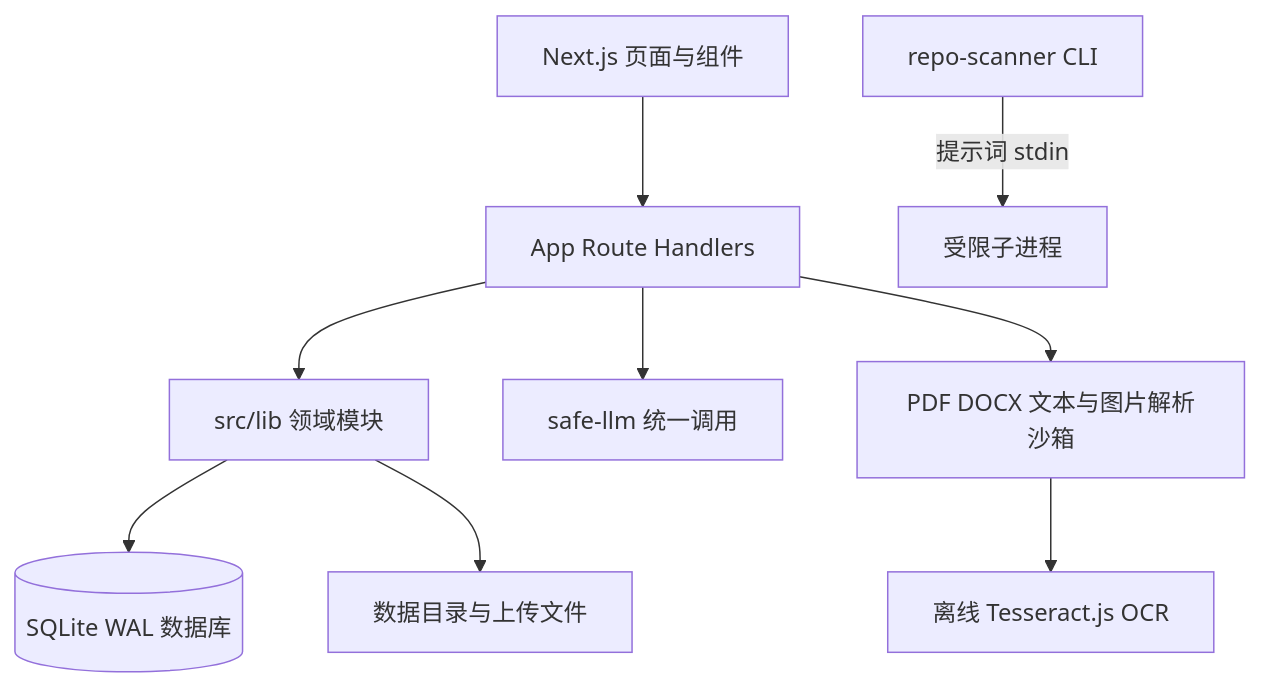
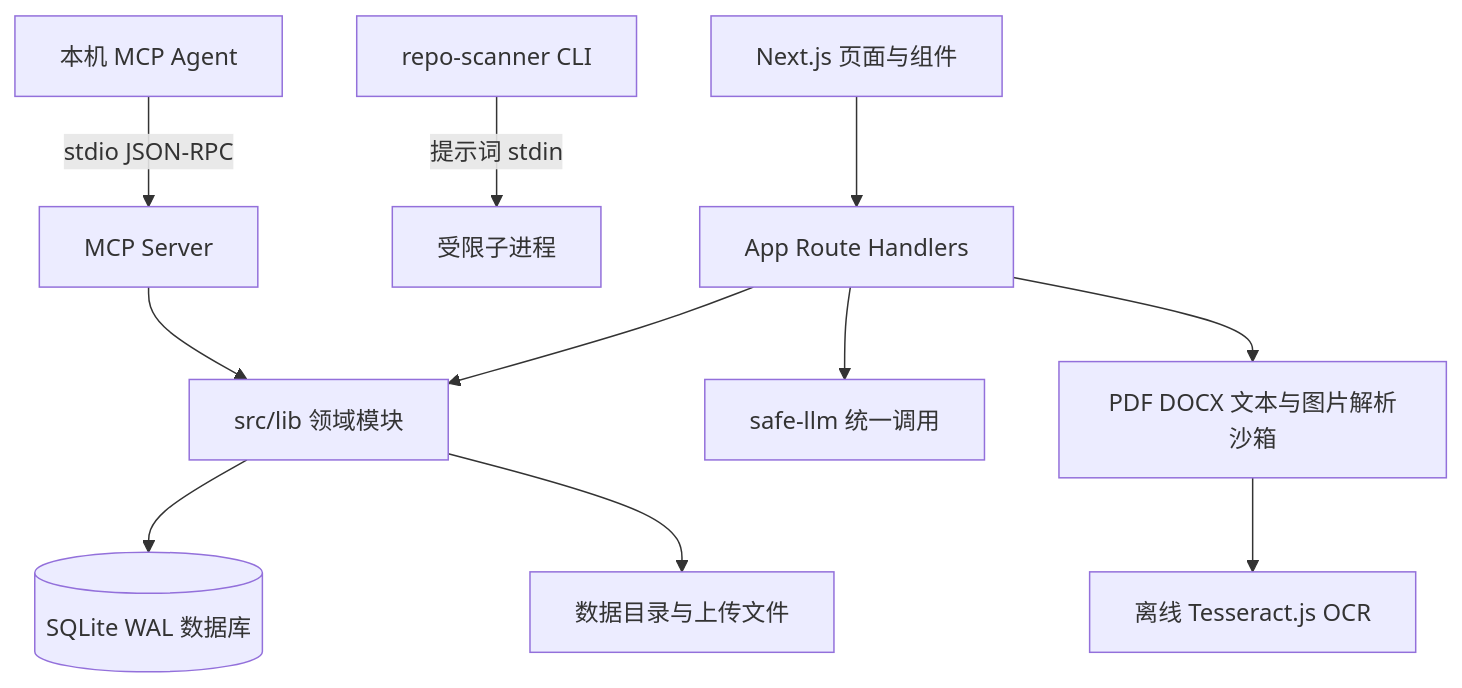
The diagram in docs/ARCHITECTURE.md (yhxjs/resume-life), drawn with Mermaid before and after one commit. The commit also changed other lines of this file and 16 other files, not shown here.

Commit message:
feat: add local stdio MCP integration

````diff
--- a/docs/ARCHITECTURE.md
+++ b/docs/ARCHITECTURE.md
@@ -7,11 +7,13 @@
 ```mermaid
 flowchart TD
   UI[Next.js 页面与组件] --> API[App Route Handlers]
   API --> Domain[src/lib 领域模块]
   Domain --> DB[(SQLite WAL 数据库)]
   Domain --> Files[数据目录与上传文件]
   API --> LLM[safe-llm 统一调用]
   API --> Parser[PDF DOCX 文本与图片解析沙箱]
   Parser --> OCR[离线 Tesseract.js OCR]
   CLI[repo-scanner CLI] -->|提示词 stdin| Process[受限子进程]
+  Agent[本机 MCP Agent] -->|stdio JSON-RPC| MCP[MCP Server]
+  MCP --> Domain
 ```
````
